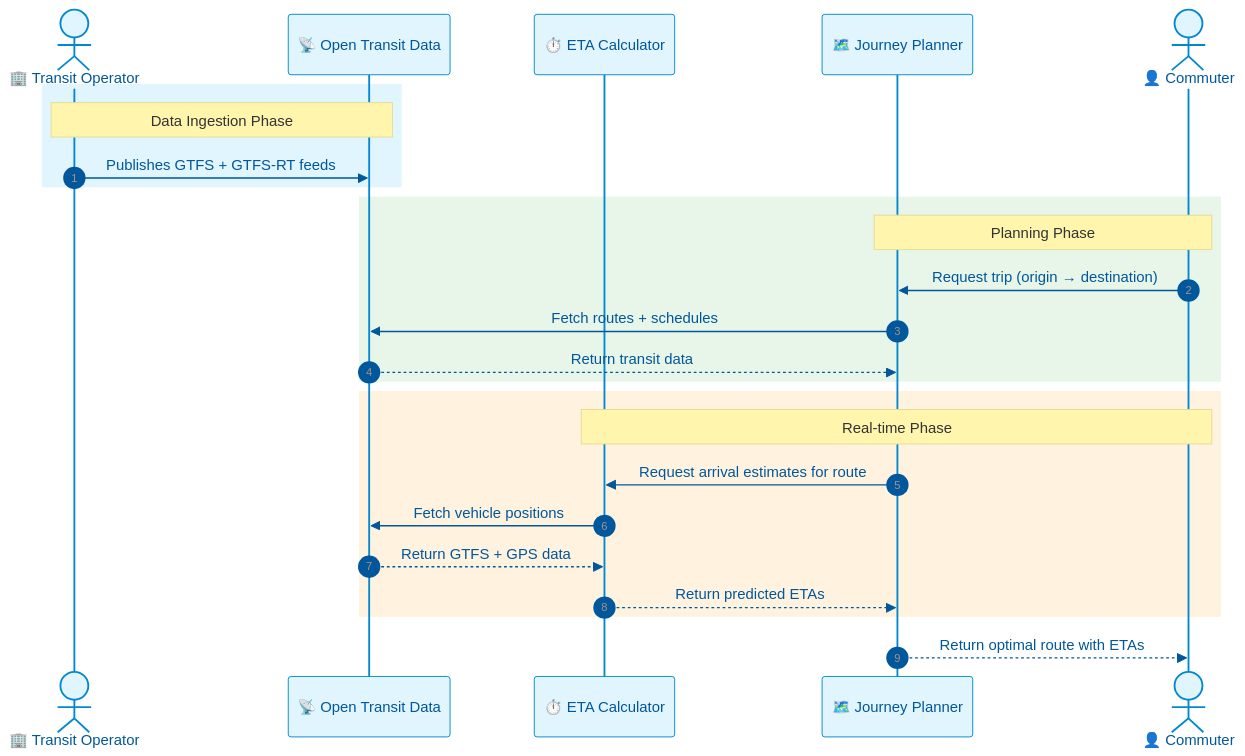
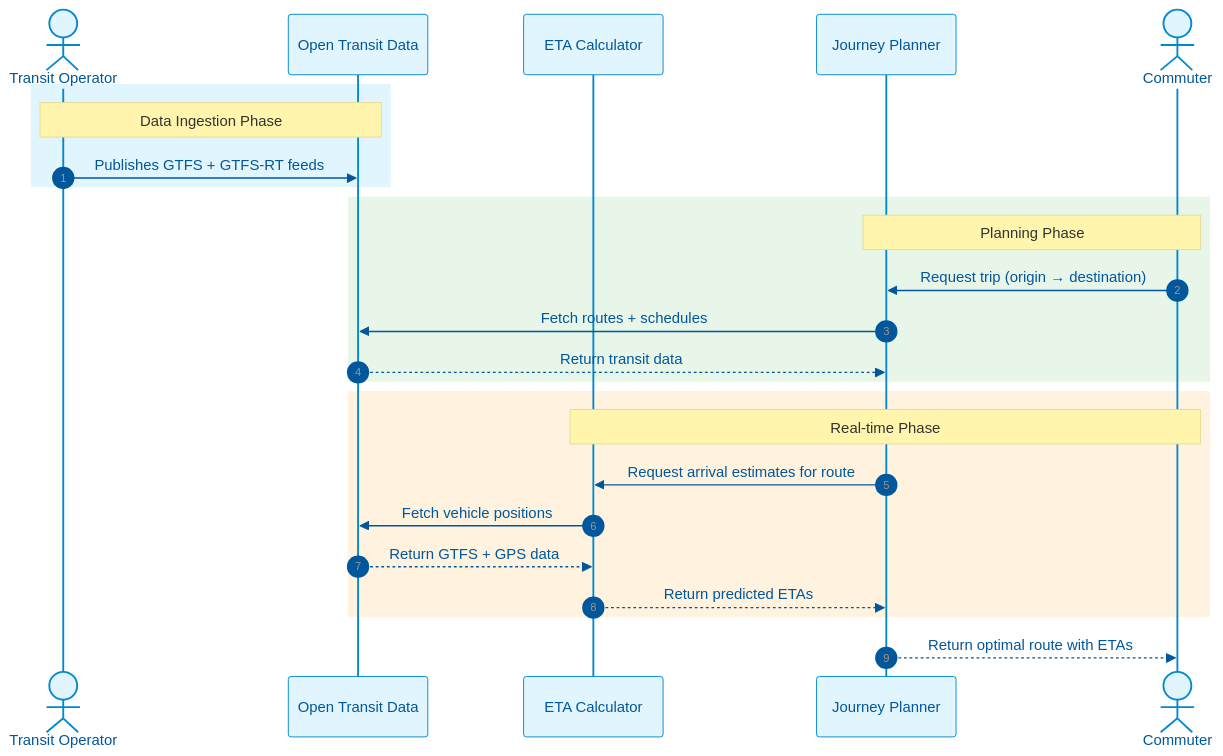
Before and after one commit to transport-stack/wiki-transport-stack: the third of 4 diagrams in docs/architecture/overview.md, drawn with Mermaid. The commit also changed other lines of this file, not shown here.

Commit message:
docs: remove emojis and increase font size in Mermaid diagrams

````diff
--- a/docs/architecture/overview.md
+++ b/docs/architecture/overview.md
@@ -169,32 +169,32 @@
 ```mermaid
-%%{init: {'theme': 'base', 'themeVariables': { 'primaryColor': '#e1f5fe', 'primaryTextColor': '#01579b', 'primaryBorderColor': '#0288d1', 'lineColor': '#546e7a', 'secondaryColor': '#e8f5e9', 'tertiaryColor': '#fff3e0', 'fontFamily': 'Inter, sans-serif', 'fontSize': '14px' }}}%%
+%%{init: {'theme': 'base', 'themeVariables': { 'primaryColor': '#e1f5fe', 'primaryTextColor': '#01579b', 'primaryBorderColor': '#0288d1', 'lineColor': '#546e7a', 'secondaryColor': '#e8f5e9', 'tertiaryColor': '#fff3e0', 'fontFamily': 'Inter, sans-serif', 'fontSize': '18px' }}}%%
 sequenceDiagram
     autonumber
-    actor PTO as 🏢 Transit Operator
-    participant OTD as 📡 Open Transit Data
-    participant ETA as ⏱️ ETA Calculator
-    participant JP as 🗺️ Journey Planner
-    actor C as 👤 Commuter
+    actor PTO as Transit Operator
+    participant OTD as Open Transit Data
+    participant ETA as ETA Calculator
+    participant JP as Journey Planner
+    actor C as Commuter
 
     rect rgb(225, 245, 254)
         Note over PTO,OTD: Data Ingestion Phase
         PTO->>OTD: Publishes GTFS + GTFS-RT feeds
     end
 
     rect rgb(232, 245, 233)
         Note over C,JP: Planning Phase
         C->>JP: Request trip (origin → destination)
         JP->>OTD: Fetch routes + schedules
         OTD-->>JP: Return transit data
     end
 
     rect rgb(255, 243, 224)
         Note over C,ETA: Real-time Phase
         JP->>ETA: Request arrival estimates for route
         ETA->>OTD: Fetch vehicle positions
         OTD-->>ETA: Return GTFS + GPS data
         ETA-->>JP: Return predicted ETAs
     end
 
     JP-->>C: Return optimal route with ETAs
 ```
````
